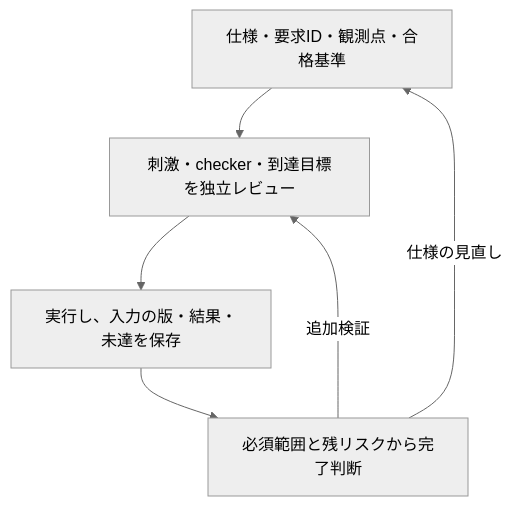
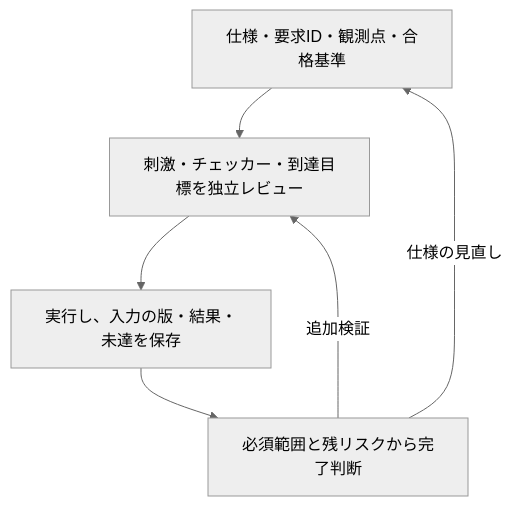
The diagram in README.md (kurochan001/lsi-verification-method), drawn with Mermaid (neutral theme) before and after one commit. The commit also changed other lines of this file and 26 other files, not shown here.

````diff
--- a/README.md
+++ b/README.md
@@ -10,10 +10,10 @@
 ```mermaid
 flowchart TD
   accTitle: 仕様から検証の完了判断まで
   accDescr: 要求と合格基準を定め、刺激と判定をレビューし、実行証跡と未達を確認して見直す流れ。
-  R["仕様・要求ID・観測点・合格基準"] --> P["刺激・checker・到達目標を独立レビュー"]
+  R["仕様・要求ID・観測点・合格基準"] --> P["刺激・チェッカー・到達目標を独立レビュー"]
   P --> E["実行し、入力の版・結果・未達を保存"]
   E --> J["必須範囲と残リスクから完了判断"]
   J -- "追加検証" --> P
   J -- "仕様の見直し" --> R
 ```
````
